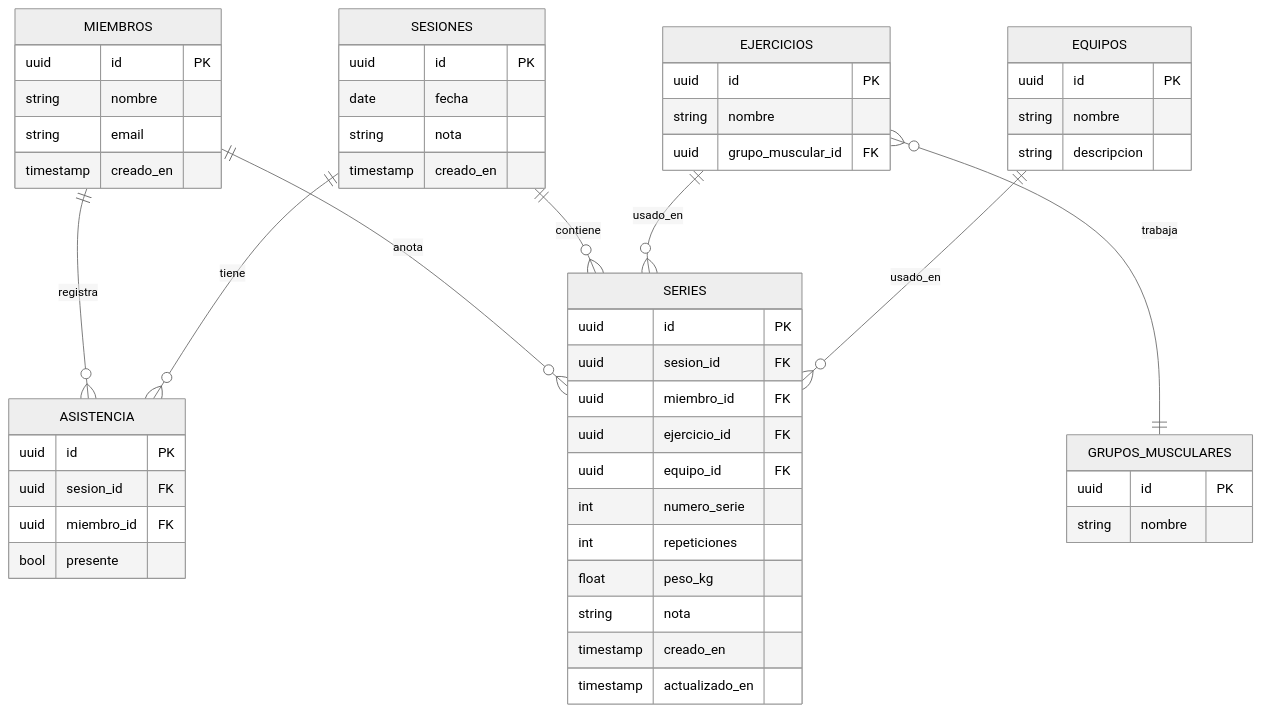
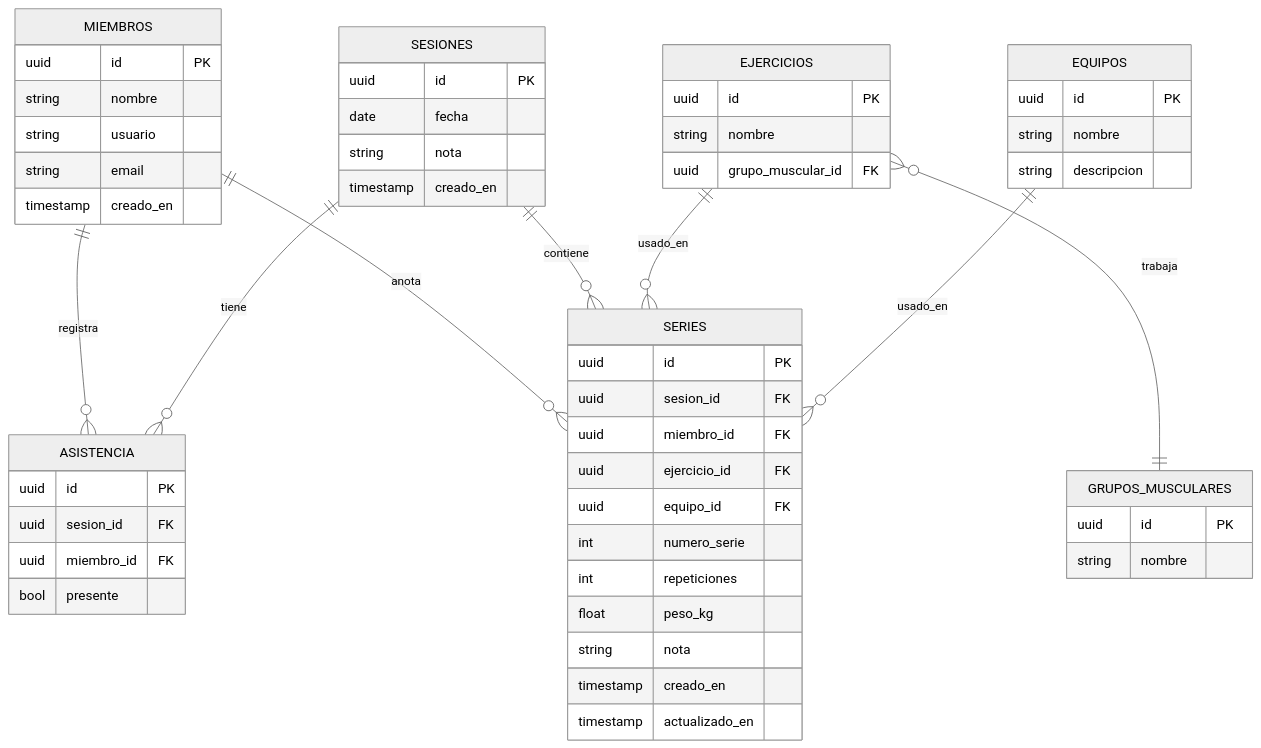
Before and after one commit to SilvioWork/FitCheck: the diagram in SPEC.md, drawn with Mermaid (neutral theme). The commit also changed other lines of this file and 23 other files, not shown here.

````diff
--- a/SPEC.md
+++ b/SPEC.md
@@ -44,56 +53,57 @@
 ```mermaid
 erDiagram
   MIEMBROS ||--o{ ASISTENCIA : registra
   SESIONES ||--o{ ASISTENCIA : tiene
   MIEMBROS ||--o{ SERIES : anota
   SESIONES ||--o{ SERIES : contiene
   EJERCICIOS ||--o{ SERIES : usado_en
   EQUIPOS ||--o{ SERIES : usado_en
   EJERCICIOS }o--|| GRUPOS_MUSCULARES : trabaja
 
   MIEMBROS {
     uuid id PK
     string nombre
+    string usuario
     string email
     timestamp creado_en
   }
   SESIONES {
     uuid id PK
     date fecha
     string nota
     timestamp creado_en
   }
   ASISTENCIA {
     uuid id PK
     uuid sesion_id FK
     uuid miembro_id FK
     bool presente
   }
   GRUPOS_MUSCULARES {
     uuid id PK
     string nombre
   }
   EQUIPOS {
     uuid id PK
     string nombre
     string descripcion
   }
   EJERCICIOS {
     uuid id PK
     string nombre
     uuid grupo_muscular_id FK
   }
   SERIES {
     uuid id PK
     uuid sesion_id FK
     uuid miembro_id FK
     uuid ejercicio_id FK
     uuid equipo_id FK
     int numero_serie
     int repeticiones
     float peso_kg
     string nota
     timestamp creado_en
     timestamp actualizado_en
   }
 ```
````
